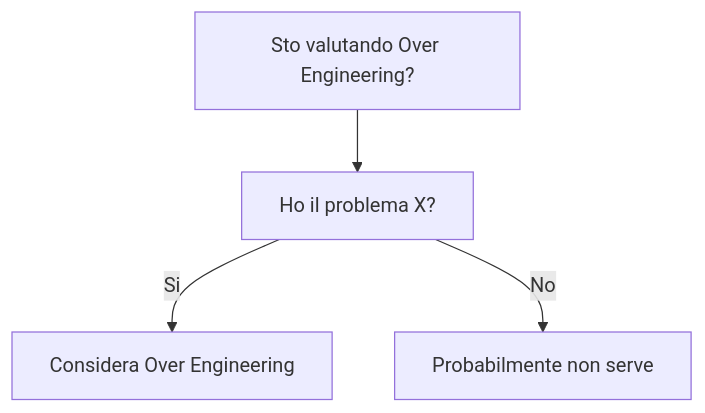
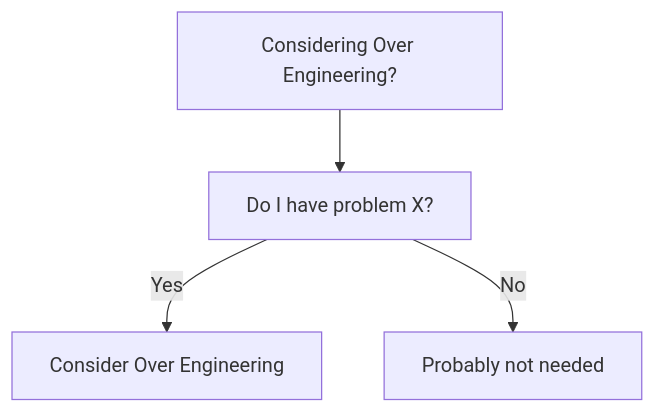
One commit to HxT9/Software-Dev-Wiki changed the diagram in dev-wiki/16_AntiPatterns/Over_Engineering/When_To_Use.md. Above: the diagram before and after it, drawn with Mermaid. The commit also changed other lines of this file and 3444 other files, not shown here.

````diff
--- a/dev-wiki/16_AntiPatterns/Over_Engineering/When_To_Use.md
+++ b/dev-wiki/16_AntiPatterns/Over_Engineering/When_To_Use.md
@@ -19,6 +19,6 @@
 ```mermaid
 flowchart TD
-  Q[Sto valutando Over Engineering?] --> Q1[Ho il problema X?]
-  Q1 -->|Si| OK[Considera Over Engineering]
-  Q1 -->|No| NO[Probabilmente non serve]
+  Q[Considering Over Engineering?] --> Q1[Do I have problem X?]
+  Q1 -->|Yes| OK[Consider Over Engineering]
+  Q1 -->|No| NO[Probably not needed]
 ```
````
